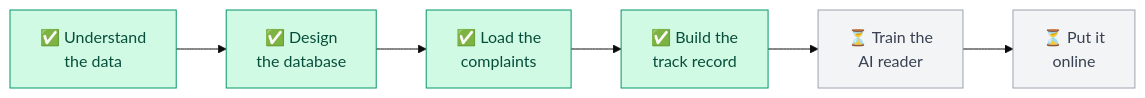
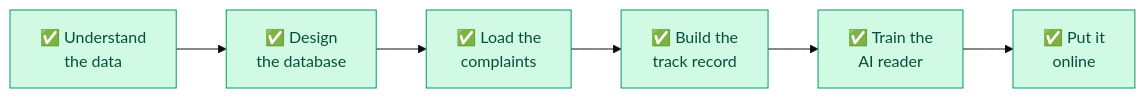
Diagram 14 of 14 in README.md (Bajaj30/TriageIQ), drawn with Mermaid (base theme) before and after one commit. The commit also changed other lines of this file and 2 other files, not shown here.

````diff
--- a/README.md
+++ b/README.md
@@ -393,9 +398,8 @@
 ```mermaid
 flowchart LR
-    A["✅ Understand<br/>the data"] --> B["✅ Design<br/>the database"] --> C["✅ Load the<br/>complaints"] --> D["✅ Build the<br/>track record"] --> E["⏳ Train the<br/>AI reader"] --> F["⏳ Put it<br/>online"]
+    A["✅ Understand<br/>the data"] --> B["✅ Design<br/>the database"] --> C["✅ Load the<br/>complaints"] --> D["✅ Build the<br/>track record"] --> E["✅ Train the<br/>AI reader"] --> F["✅ Put it<br/>online"]
     classDef done fill:#d1fae5,stroke:#059669,color:#064e3b
     classDef doing fill:#fef3c7,stroke:#d97706,color:#78350f
     classDef todo fill:#f3f4f6,stroke:#9ca3af,color:#374151
-    class A,B,C,D done
-    class E,F todo
+    class A,B,C,D,E,F done
 ```
````
